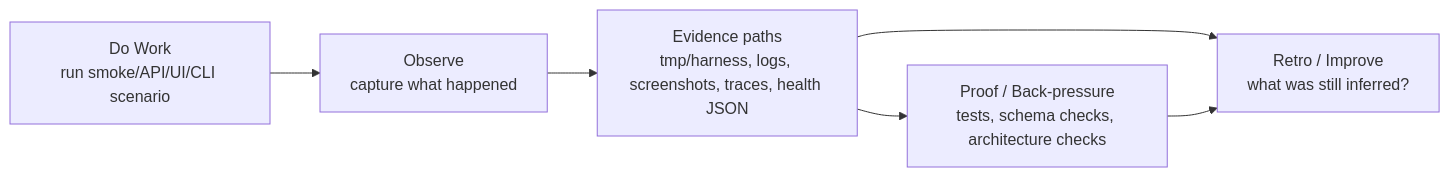
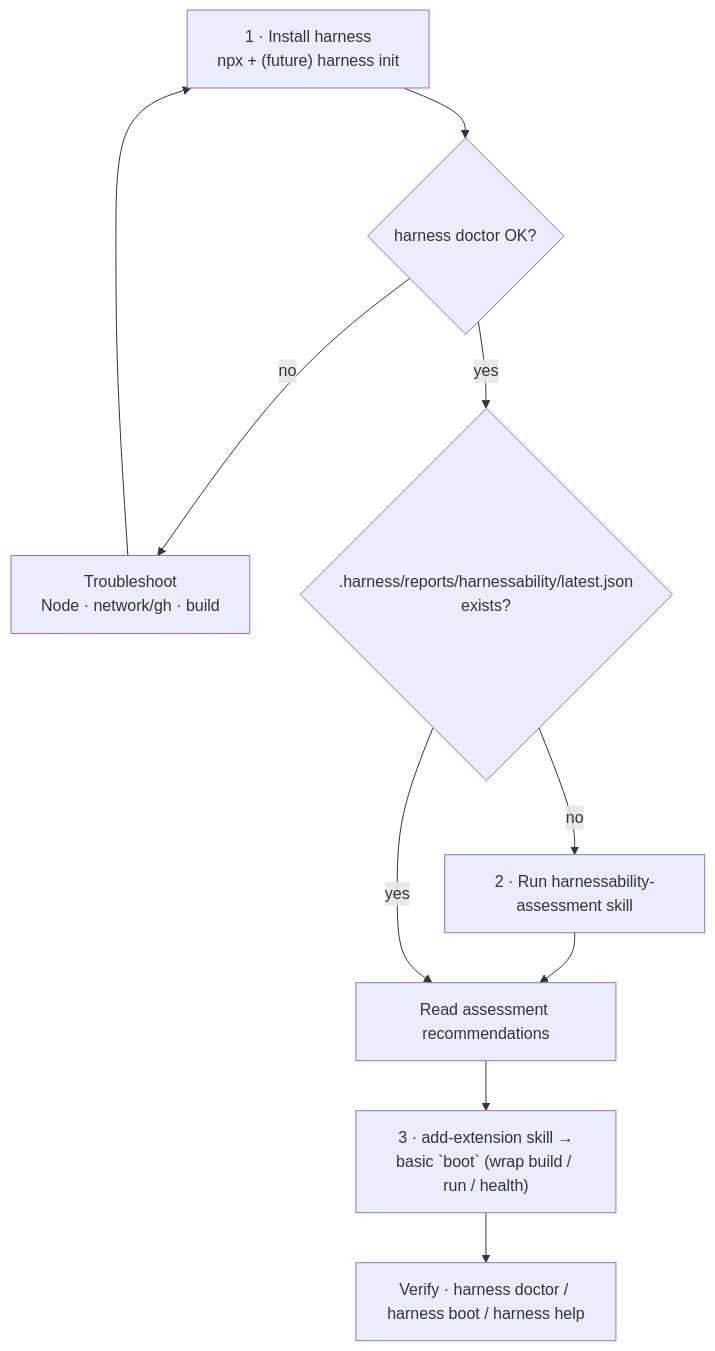
The first of 2 diagrams in skills/engineering-harness-setup/README.md (AI-Substrate/harness-engineering), drawn with Mermaid before and after one commit. The commit also changed other lines of this file and 2 other files, not shown here.

First line of the commit message:
docs(008): rewrite engineering-harness-setup README.md as lean flow + mermaid DAG (T002)

````diff
--- a/skills/engineering-harness-setup/README.md
+++ b/skills/engineering-harness-setup/README.md
@@ -98,13 +11,10 @@
 ```mermaid
-flowchart LR
-    I["Do Work<br/>run smoke/API/UI/CLI scenario"]
-    O["Observe<br/>capture what happened"]
-    E["Evidence paths<br/>tmp/harness, logs, screenshots, traces, health JSON"]
-    P["Proof / Back-pressure<br/>tests, schema checks, architecture checks"]
-    R["Retro / Improve<br/>what was still inferred?"]
-
-    I --> O --> E
-    E --> P
-    E --> R
-    P --> R
+flowchart TD
+    A["1 · Install harness<br/>npx + (future) harness init"] --> Ad{harness doctor OK?}
+    Ad -- no --> At["Troubleshoot<br/>Node · network/gh · build"] --> A
+    Ad -- yes --> C{".harness/reports/harnessability/latest.json<br/>exists?"}
+    C -- no --> D["2 · Run harnessability-assessment skill"] --> E
+    C -- yes --> E["Read assessment recommendations"]
+    E --> F["3 · add-extension skill →<br/>basic `boot` (wrap build / run / health)"]
+    F --> V["Verify · harness doctor / harness boot / harness help"]
 ```
````
